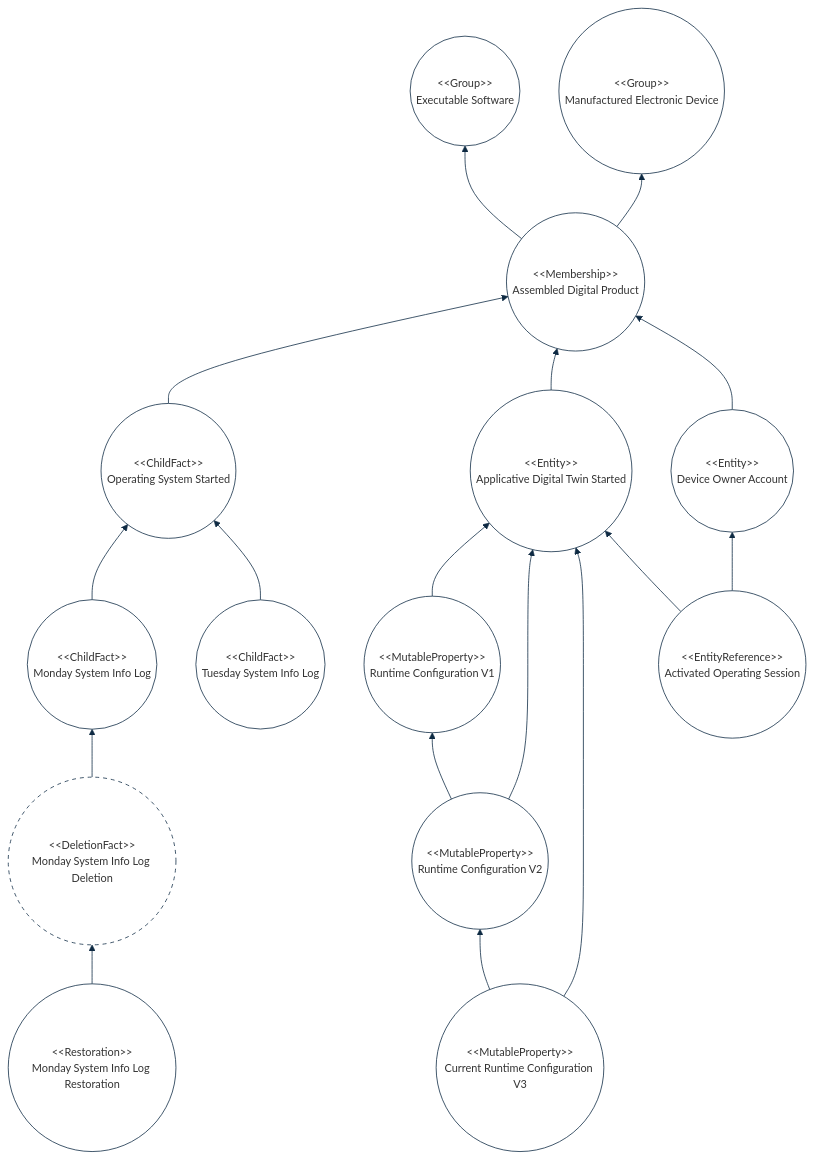
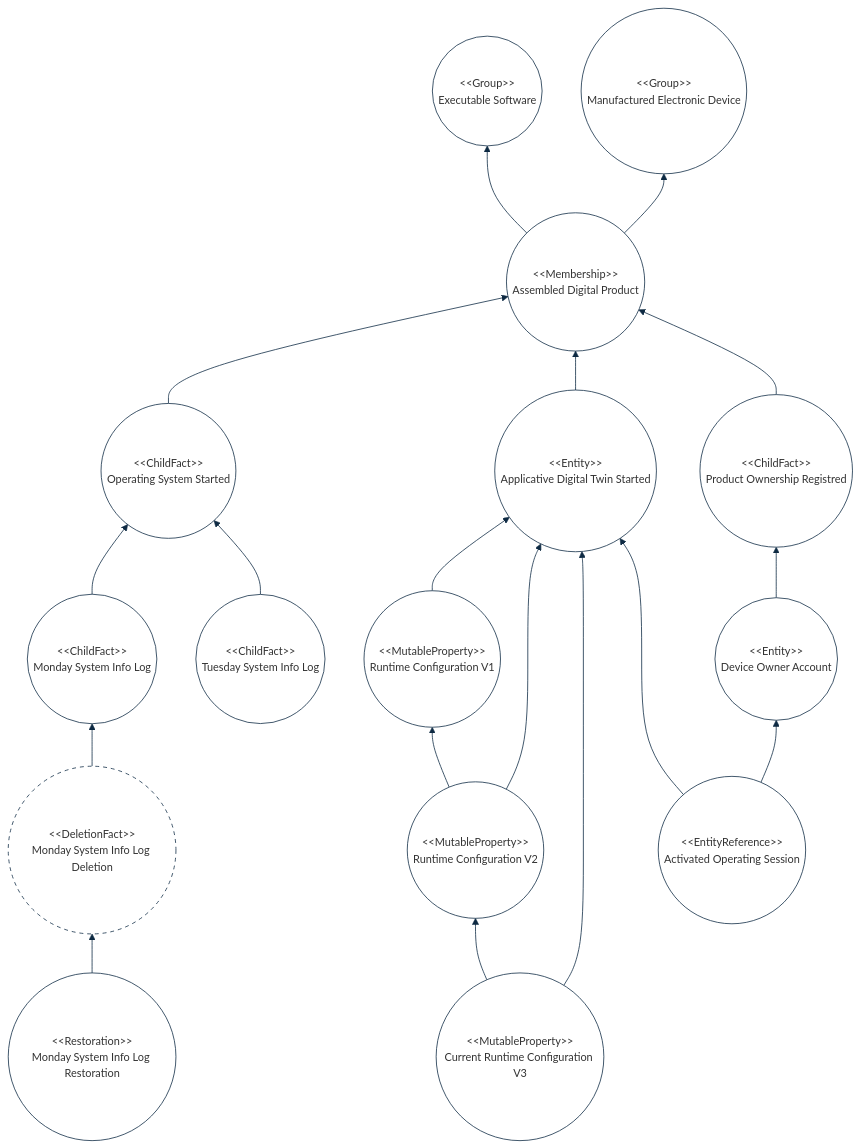
Before and after one commit to cybnity/foundation: the second of 2 diagrams in implementations-line/framework/immutable/README.md, drawn with Mermaid.

````diff
--- a/implementations-line/framework/immutable/README.md
+++ b/implementations-line/framework/immutable/README.md
@@ -134,40 +134,41 @@
 ```mermaid
 %%{
   init: {
     'theme': 'base',
     'themeVariables': {
         'background': '#ffffff',
         'fontFamily': 'arial',
         'fontSize': '14px',
         'primaryColor': '#fff',
         'primaryBorderColor': '#0e2a43',
         'secondaryBorderColor': '#0e2a43',
         'tertiaryBorderColor': '#0e2a43',
         'edgeLabelBackground':'#0e2a43',
         'lineColor': '#0e2a43',
         'tertiaryColor': '#fff'
     }
   }
 }%%
 flowchart BT
     software(("#60;#60;Group#62;#62;<br/>Executable Software"))
     electronicdevice(("#60;#60;Group#62;#62;<br/>Manufactured Electronic Device"))
     system(("#60;#60;Membership#62;#62;<br/>Assembled Digital Product")) --> software
     system --> electronicdevice
     os(("#60;#60;ChildFact#62;#62;<br/>Operating System Started")) --> system
     application(("#60;#60;Entity#62;#62;<br/>Applicative Digital Twin Started")) --> system
     systemlog1(("#60;#60;ChildFact#62;#62;<br/>Monday System Info Log")) --> os
     systemlog2(("#60;#60;ChildFact#62;#62;<br/>Tuesday System Info Log")) --> os
     systemlog1deletion(("#60;#60;DeletionFact#62;#62;<br/>Monday System Info Log Deletion")) --> systemlog1
     style systemlog1deletion stroke-dasharray: 5 5
     systemlog1restoration(("#60;#60;Restoration#62;#62;<br/>Monday System Info Log Restoration")) --> systemlog1deletion
     runtimeconfig(("#60;#60;MutableProperty#62;#62;<br/>Runtime Configuration V1")) --> application
     runtimeconfig2(("#60;#60;MutableProperty#62;#62;<br/>Runtime Configuration V2")) --> application
     runtimeconfig2 --> runtimeconfig
     runtimeconfig3(("#60;#60;MutableProperty#62;#62;<br/>Current Runtime Configuration V3")) --> application
     runtimeconfig3 --> runtimeconfig2
-    deviceOwnerAccount(("#60;#60;Entity#62;#62;<br/>Device Owner Account")) --> system
+    purchasedDeviceRegistration(("#60;#60;ChildFact#62;#62;<br/>Product Ownership Registred")) --> system
+    deviceOwnerAccount(("#60;#60;Entity#62;#62;<br/>Device Owner Account")) --> purchasedDeviceRegistration
     operatingSession(("#60;#60;EntityReference#62;#62;<br/>Activated Operating Session")) --> deviceOwnerAccount
     operatingSession --> application
 
 ```
````
